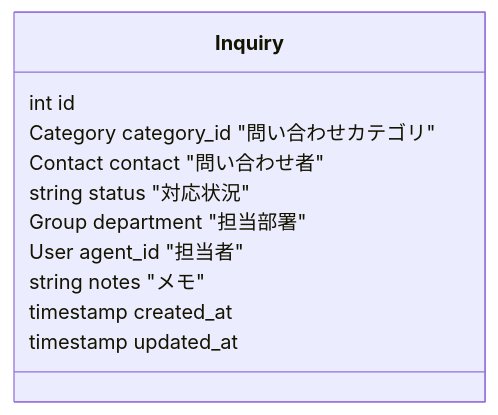
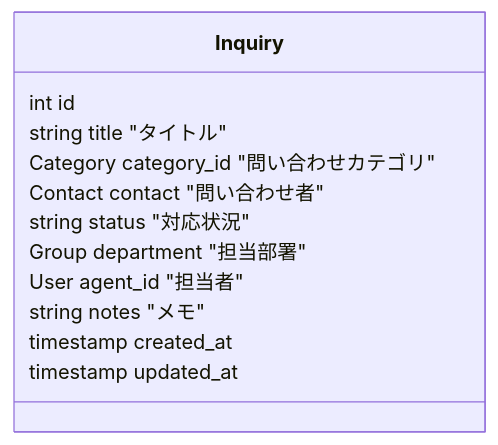
Before and after one commit to nominalrune/Cumas: the seventh of 9 diagrams in README.md, drawn with Mermaid. The commit also changed other lines of this file and 31 other files, not shown here.

````diff
--- a/README.md
+++ b/README.md
@@ -170,14 +171,15 @@
 ```mermaid
 classDiagram
 	class Inquiry {
 		int id
+		string title "タイトル"
 		Category category_id "問い合わせカテゴリ"
 		Contact contact "問い合わせ者"
 		string status "対応状況"
 		Group department "担当部署"
 		User agent_id "担当者"
 		string notes "メモ"
 		timestamp created_at
 		timestamp updated_at
 	}
 ```
````
